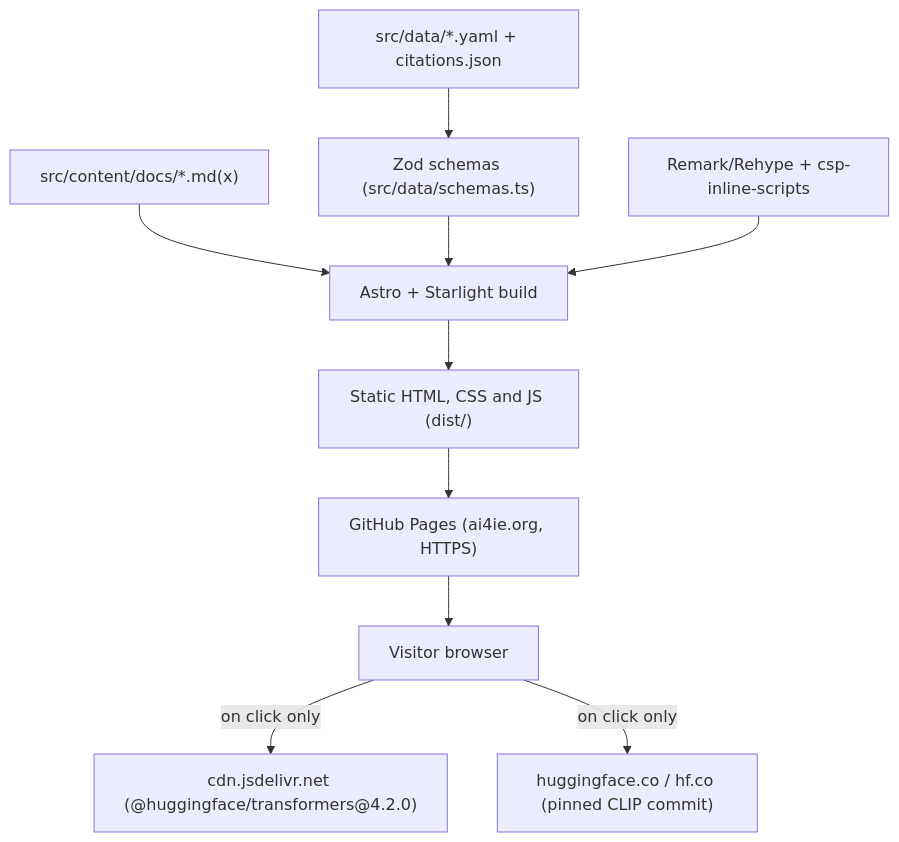
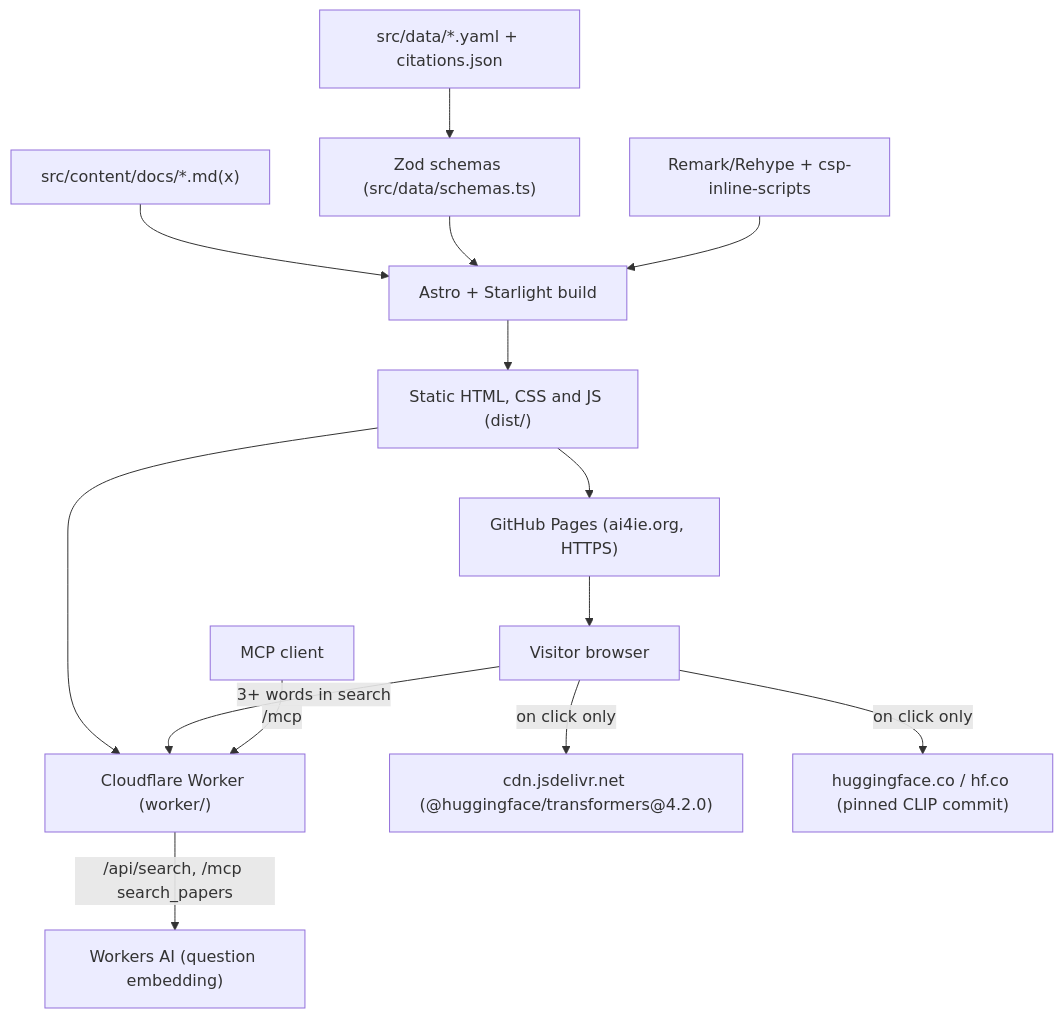
Before and after one commit to ammarkaskar/awesome-ai4ie: the diagram in ARCHITECTURE.md, drawn with Mermaid. The commit also changed other lines of this file and 12 other files, not shown here.

````diff
--- a/ARCHITECTURE.md
+++ b/ARCHITECTURE.md
@@ -9,12 +9,16 @@
 ```mermaid
 flowchart TD
     Data["src/data/*.yaml + citations.json"] --> Schemas["Zod schemas (src/data/schemas.ts)"]
     Docs["src/content/docs/*.md(x)"] --> Astro["Astro + Starlight build"]
     Schemas --> Astro
     Plugins["Remark/Rehype + csp-inline-scripts"] --> Astro
     Astro --> Dist["Static HTML, CSS and JS (dist/)"]
     Dist --> Pages["GitHub Pages (ai4ie.org, HTTPS)"]
     Pages --> Browser["Visitor browser"]
+    Dist --> Worker["Cloudflare Worker (worker/)"]
+    Worker -->|/api/search, /mcp search_papers| AI["Workers AI (question embedding)"]
+    Browser -->|3+ words in search| Worker
+    Client["MCP client"] -->|/mcp| Worker
     Browser -->|on click only| CDN["cdn.jsdelivr.net (@huggingface/transformers@4.2.0)"]
     Browser -->|on click only| HF["huggingface.co / hf.co (pinned CLIP commit)"]
 ```
````
